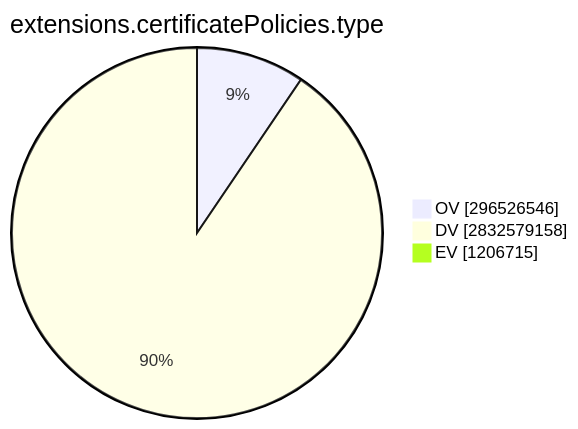
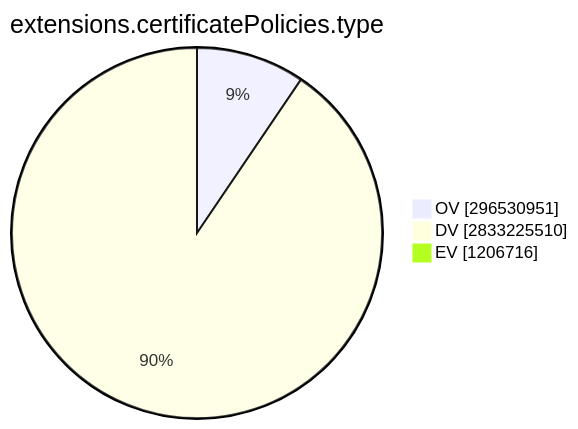
The ninth of 15 diagrams in TOTAL/README.md (christiankrug/ctmonitor_visualization), drawn with Mermaid before and after one commit. The commit also changed other lines of this file, not shown here.

````diff
--- a/TOTAL/README.md
+++ b/TOTAL/README.md
@@ -3099,7 +3099,7 @@
 ```mermaid
 pie showData
 title extensions.certificatePolicies.type
-"OV" :296526546
-"DV" :2832579158
-"EV" :1206715
+"OV" :296530951
+"DV" :2833225510
+"EV" :1206716
 ```
````
